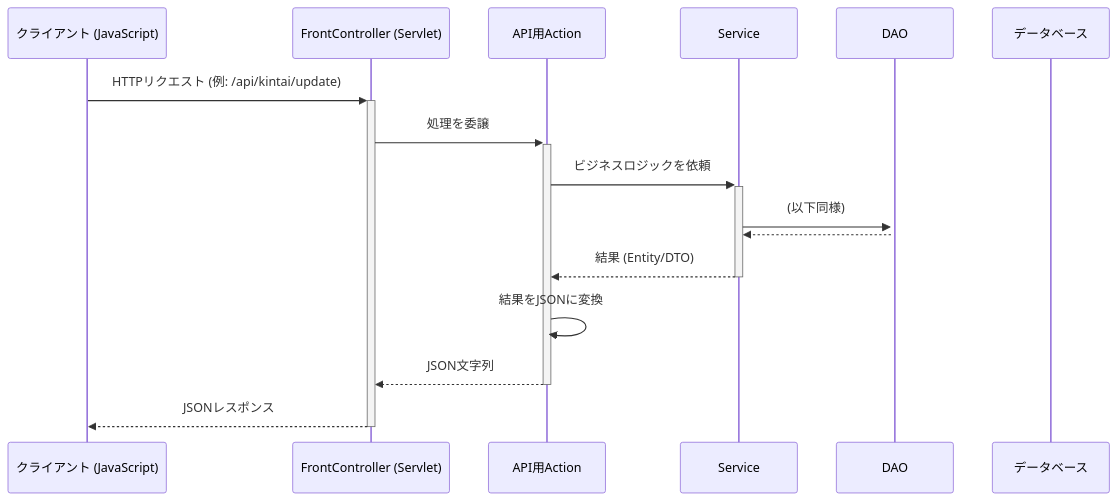
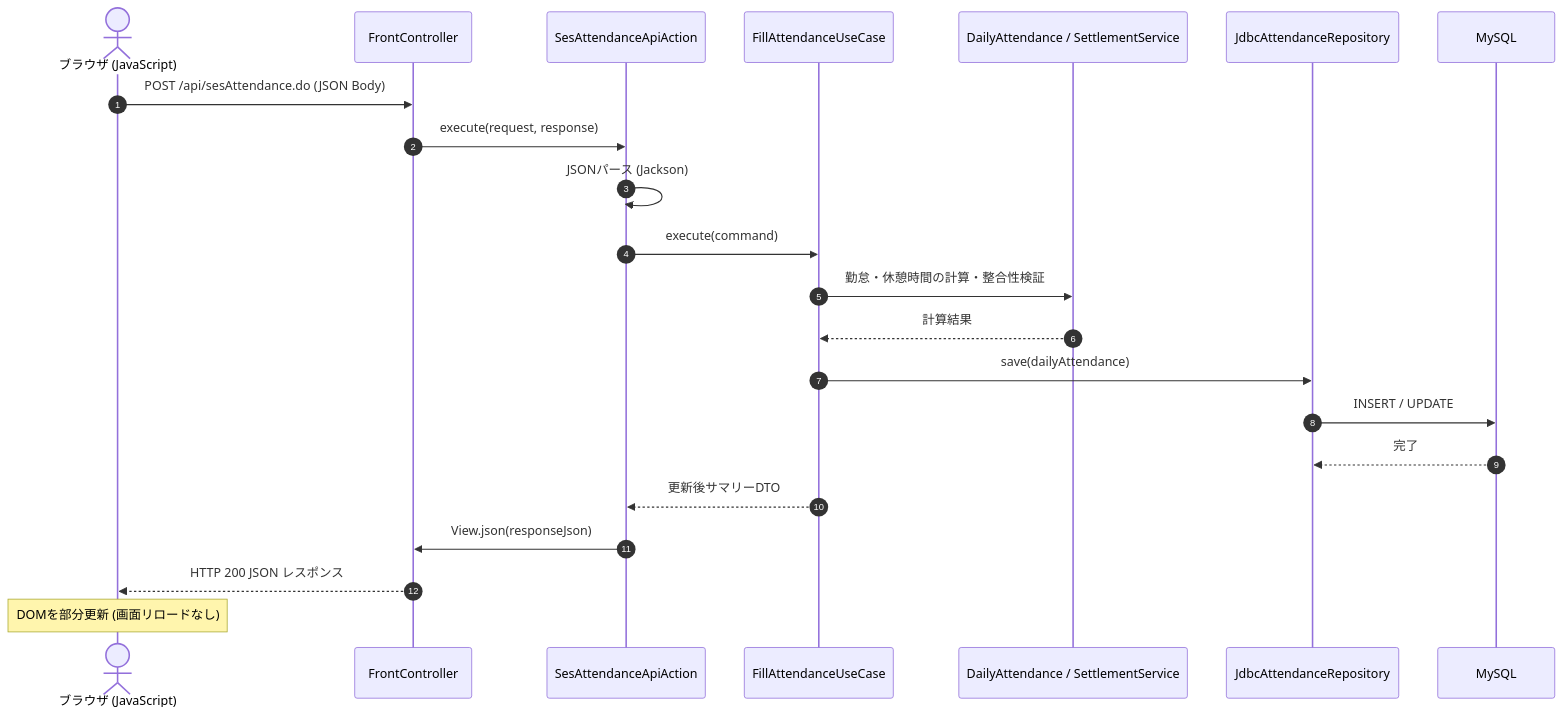
Before and after one commit to Yusuke568/Dev-lab: the third of 3 diagrams in 00.document/07_新アーキテクチャ設計書.md, drawn with Mermaid. The commit also changed other lines of this file and 8 other files, not shown here.

````diff
--- a/00.document/07_新アーキテクチャ設計書.md
+++ b/00.document/07_新アーキテクチャ設計書.md
@@ -64,19 +130,25 @@
 ```mermaid
 sequenceDiagram
-    participant Client as クライアント (JavaScript)
-    participant FrontController as FrontController (Servlet)
-    participant ApiAction as API用Action
-    participant Service
-    participant DAO
-    participant DB as データベース
+    autonumber
+    actor User as ブラウザ (JavaScript)
+    participant FC as FrontController
+    participant Api as SesAttendanceApiAction
+    participant UC as FillAttendanceUseCase
+    participant Domain as DailyAttendance / SettlementService
+    participant Repo as JdbcAttendanceRepository
+    participant DB as MySQL
 
-    Client->>+FrontController: HTTPリクエスト (例: /api/kintai/update)
-    FrontController->>+ApiAction: 処理を委譲
-    ApiAction->>+Service: ビジネスロジックを依頼
-    Service->>+DAO: (以下同様)
-    DAO-->>Service:
-    Service-->>-ApiAction: 結果 (Entity/DTO)
-    ApiAction->>ApiAction: 結果をJSONに変換
-    ApiAction-->>-FrontController: JSON文字列
-    FrontController-->>-Client: JSONレスポンス
+    User->>FC: POST /api/sesAttendance.do (JSON Body)
+    FC->>Api: execute(request, response)
+    Api->>Api: JSONパース (Jackson)
+    Api->>UC: execute(command)
+    UC->>Domain: 勤怠・休憩時間の計算・整合性検証
+    Domain-->>UC: 計算結果
+    UC->>Repo: save(dailyAttendance)
+    Repo->>DB: INSERT / UPDATE
+    DB-->>Repo: 完了
+    UC-->>Api: 更新後サマリーDTO
+    Api->>FC: View.json(responseJson)
+    FC-->>User: HTTP 200 JSON レスポンス
+    Note over User: DOMを部分更新 (画面リロードなし)
 ```
````
